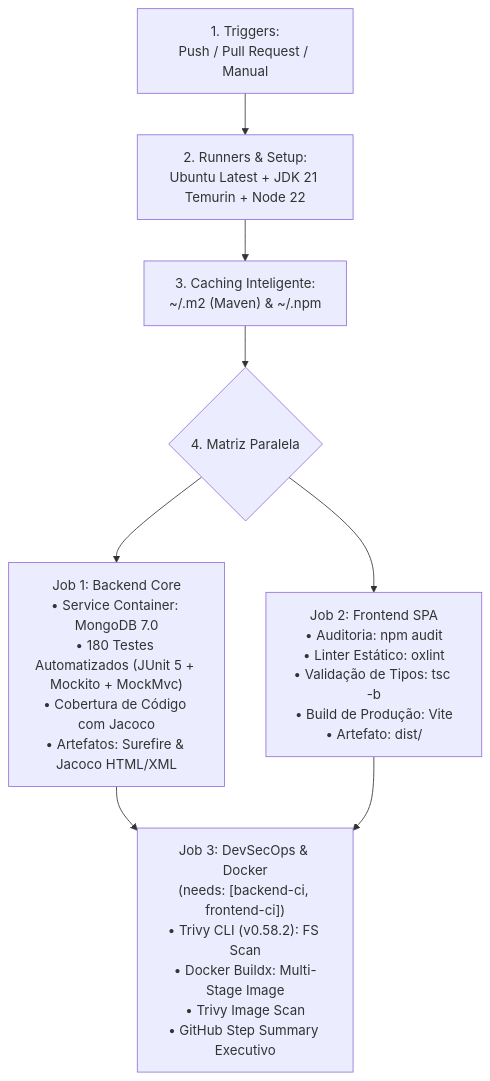
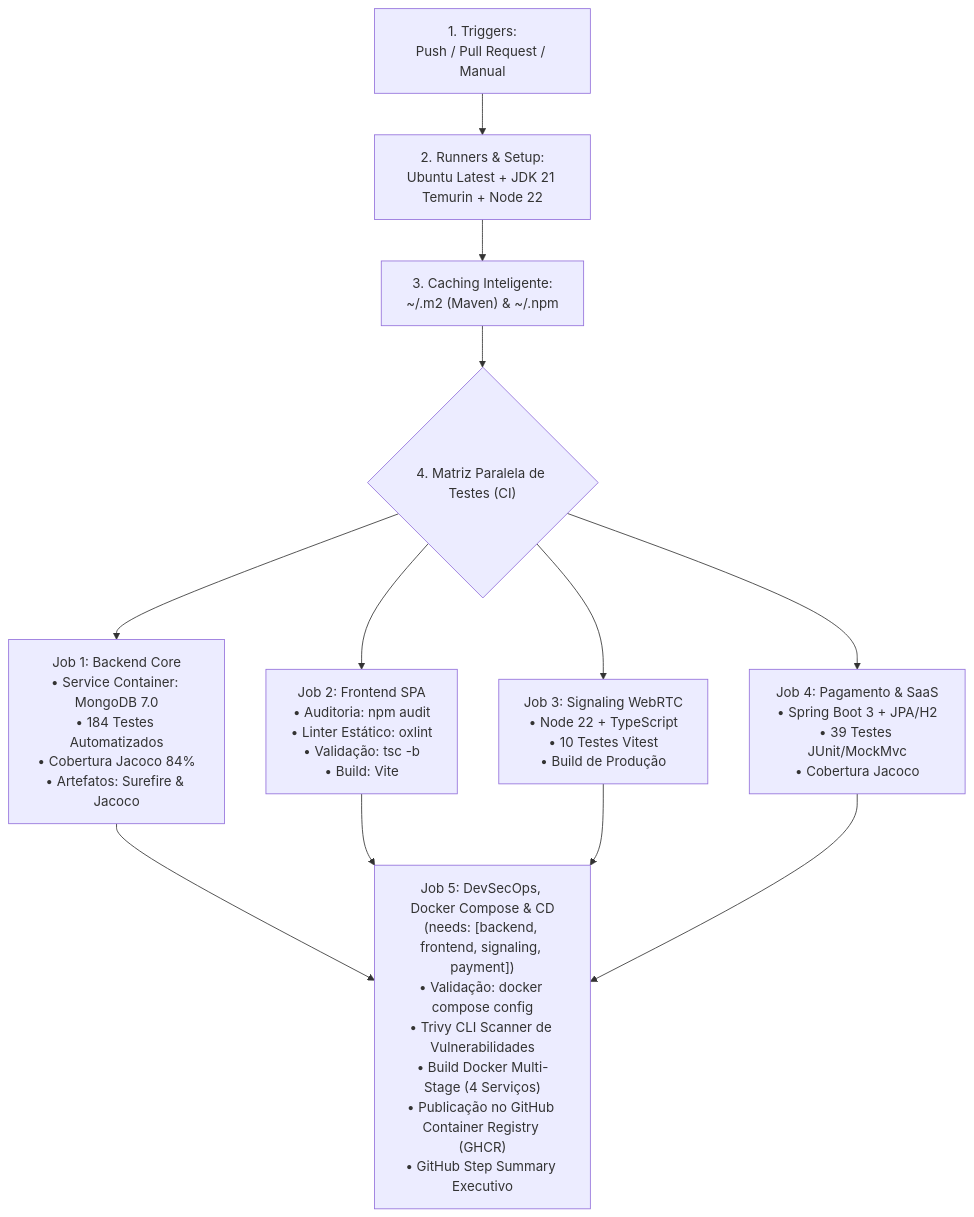
One commit to GuilhermeSilva-25/active-age changed the diagram in 4-Semestre/devops/docs-pipeline.md. Above: the diagram before and after it, drawn with Mermaid. The commit also changed other lines of this file and 8 other files, not shown here.

Commit message:
feat(devops): orquestracao docker compose e entrega continua cd no ghcr (SPEC-18)

````diff
--- a/4-Semestre/devops/docs-pipeline.md
+++ b/4-Semestre/devops/docs-pipeline.md
@@ -19,10 +19,14 @@
 ```mermaid
 flowchart TD
     TRIG["1. Triggers:<br>Push / Pull Request / Manual"] --> RUNNERS["2. Runners & Setup:<br>Ubuntu Latest + JDK 21 Temurin + Node 22"]
     RUNNERS --> CACHE["3. Caching Inteligente:<br>~/.m2 (Maven) & ~/.npm"]
-    CACHE --> FORK{"4. Matriz Paralela"}
-    FORK --> BACK["Job 1: Backend Core<br>• Service Container: MongoDB 7.0<br>• 180 Testes Automatizados (JUnit 5 + Mockito + MockMvc)<br>• Cobertura de Código com Jacoco<br>• Artefatos: Surefire & Jacoco HTML/XML"]
-    FORK --> FRONT["Job 2: Frontend SPA<br>• Auditoria: npm audit<br>• Linter Estático: oxlint<br>• Validação de Tipos: tsc -b<br>• Build de Produção: Vite<br>• Artefato: dist/"]
-    BACK --> SEC["Job 3: DevSecOps & Docker<br>(needs: [backend-ci, frontend-ci])<br>• Trivy CLI (v0.58.2): FS Scan<br>• Docker Buildx: Multi-Stage Image<br>• Trivy Image Scan<br>• GitHub Step Summary Executivo"]
+    CACHE --> FORK{"4. Matriz Paralela de Testes (CI)"}
+    FORK --> BACK["Job 1: Backend Core<br>• Service Container: MongoDB 7.0<br>• 184 Testes Automatizados<br>• Cobertura Jacoco 84%<br>• Artefatos: Surefire & Jacoco"]
+    FORK --> FRONT["Job 2: Frontend SPA<br>• Auditoria: npm audit<br>• Linter Estático: oxlint<br>• Validação: tsc -b<br>• Build: Vite"]
+    FORK --> SIG["Job 3: Signaling WebRTC<br>• Node 22 + TypeScript<br>• 10 Testes Vitest<br>• Build de Produção"]
+    FORK --> PAG["Job 4: Pagamento & SaaS<br>• Spring Boot 3 + JPA/H2<br>• 39 Testes JUnit/MockMvc<br>• Cobertura Jacoco"]
+    BACK --> SEC["Job 5: DevSecOps, Docker Compose & CD<br>(needs: [backend, frontend, signaling, payment])<br>• Validação: docker compose config<br>• Trivy CLI Scanner de Vulnerabilidades<br>• Build Docker Multi-Stage (4 Serviços)<br>• Publicação no GitHub Container Registry (GHCR)<br>• GitHub Step Summary Executivo"]
     FRONT --> SEC
+    SIG --> SEC
+    PAG --> SEC
 ```
````
